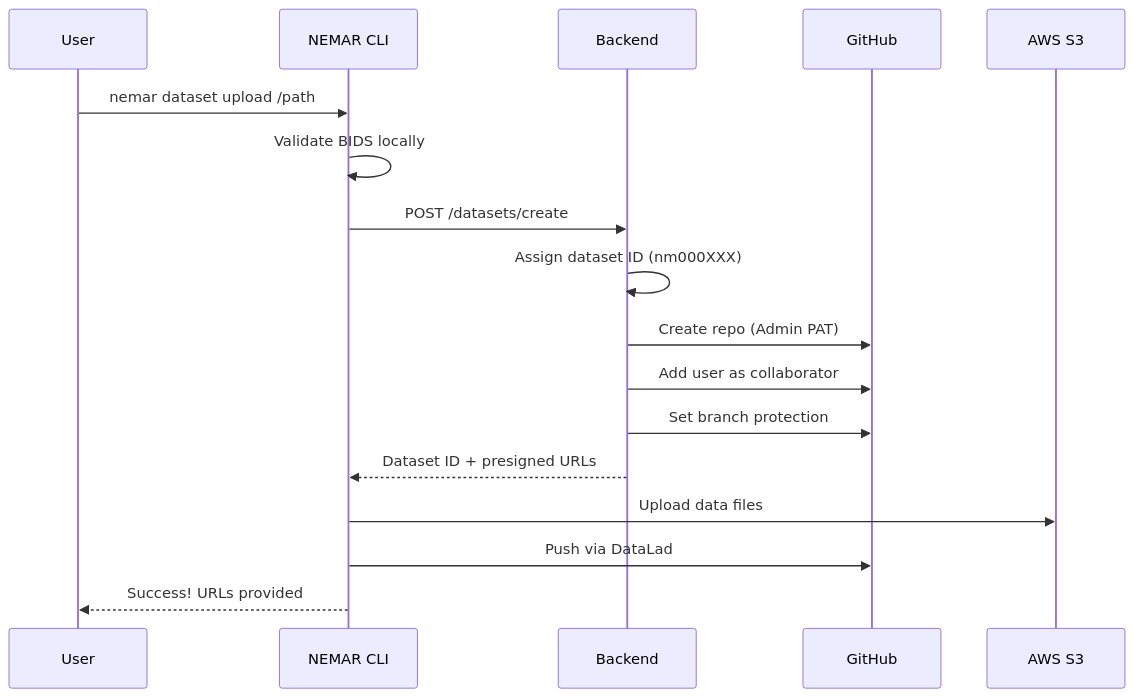
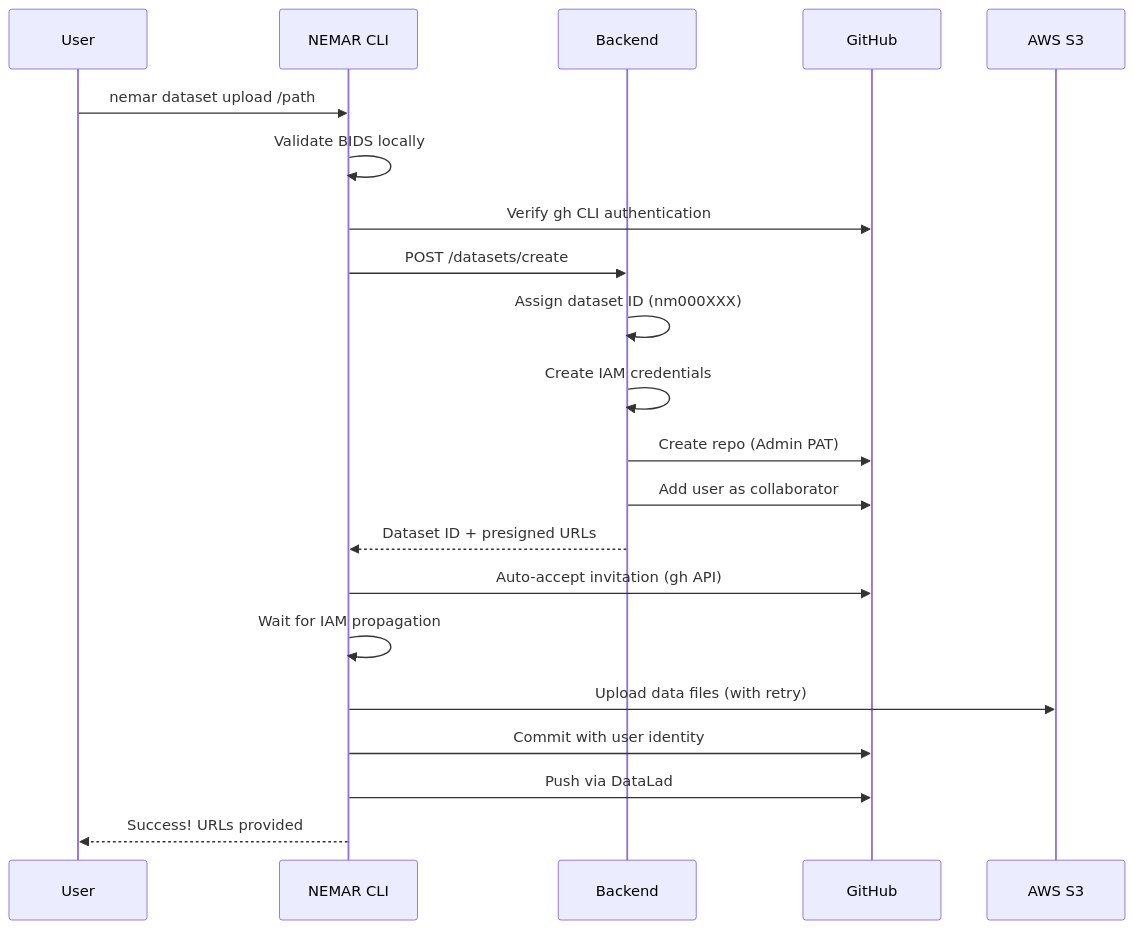
One commit to nemarOrg/nemar-cli changed the third of 7 diagrams in README.md. Above: the diagram before and after it, drawn with Mermaid. The commit also changed other lines of this file and 2 other files, not shown here.

First line of the commit message:
docs: update documentation with improved upload workflow (#53)

````diff
--- a/README.md
+++ b/README.md
@@ -124,20 +137,24 @@
 ```mermaid
 sequenceDiagram
     participant U as User
     participant CLI as NEMAR CLI
     participant API as Backend
     participant GH as GitHub
     participant S3 as AWS S3
 
     U->>CLI: nemar dataset upload /path
     CLI->>CLI: Validate BIDS locally
+    CLI->>GH: Verify gh CLI authentication
     CLI->>API: POST /datasets/create
     API->>API: Assign dataset ID (nm000XXX)
+    API->>API: Create IAM credentials
     API->>GH: Create repo (Admin PAT)
     API->>GH: Add user as collaborator
-    API->>GH: Set branch protection
     API-->>CLI: Dataset ID + presigned URLs
-    CLI->>S3: Upload data files
+    CLI->>GH: Auto-accept invitation (gh API)
+    CLI->>CLI: Wait for IAM propagation
+    CLI->>S3: Upload data files (with retry)
+    CLI->>GH: Commit with user identity
     CLI->>GH: Push via DataLad
     CLI-->>U: Success! URLs provided
 ```
````
